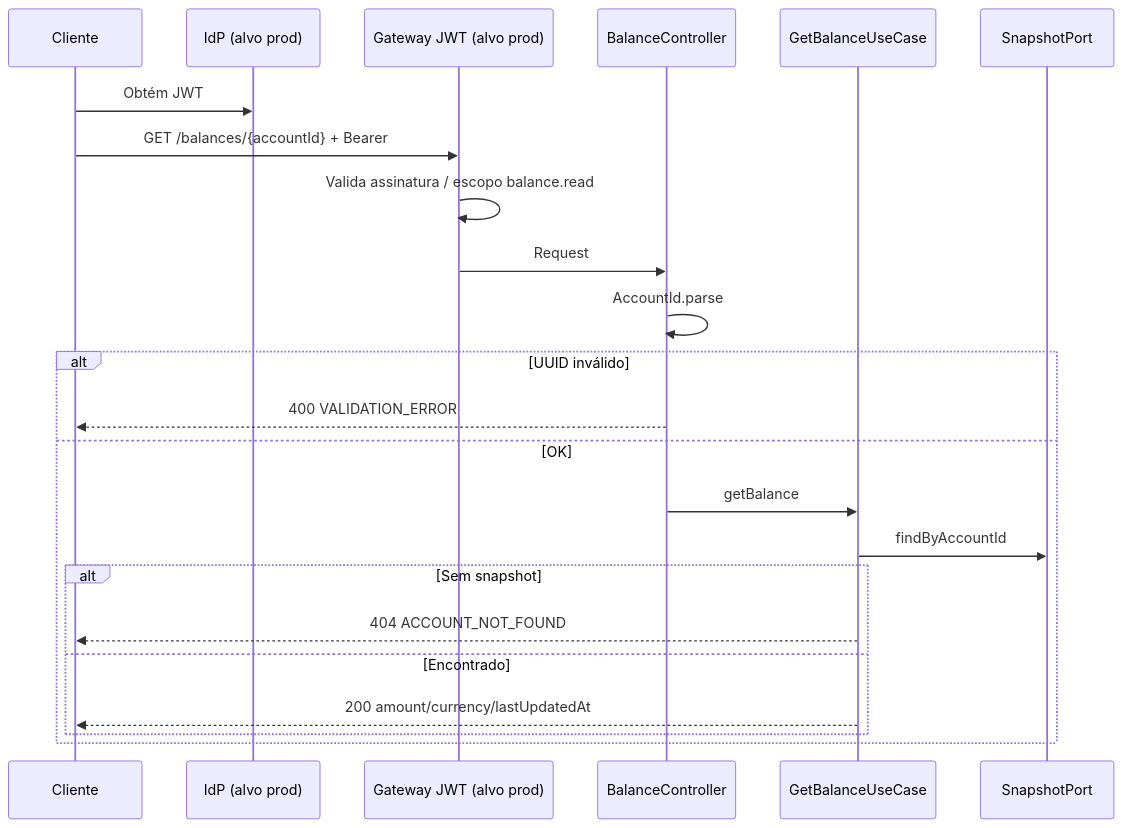
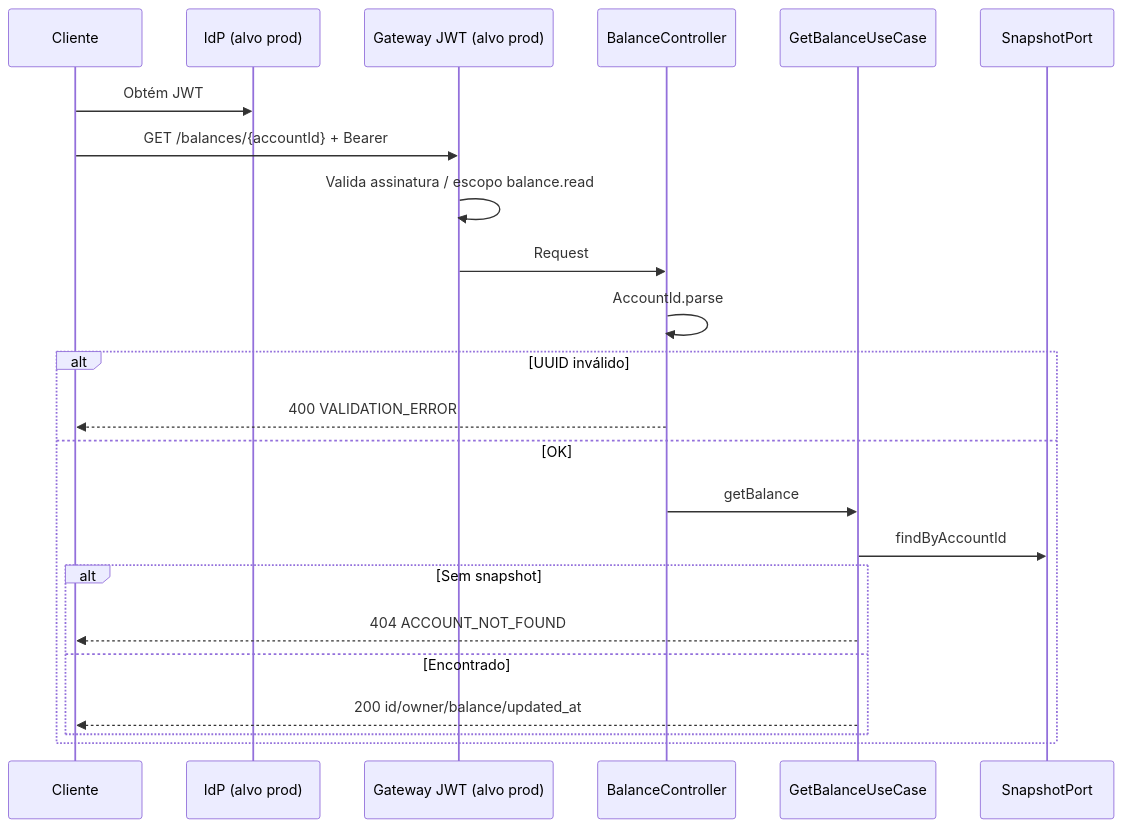
Before and after one commit to lordssa/banking-account-balance-service: the fourth of 8 diagrams in docs/fluxos-principais.md, drawn with Mermaid. The commit also changed 12 other files, not shown here.

````diff
--- a/docs/fluxos-principais.md
+++ b/docs/fluxos-principais.md
@@ -92,26 +92,26 @@
 ```mermaid
 sequenceDiagram
   participant C as Cliente
   participant IdP as IdP (alvo prod)
   participant GW as Gateway JWT (alvo prod)
   participant API as BalanceController
   participant UC as GetBalanceUseCase
   participant PG as SnapshotPort
 
   C->>IdP: Obtém JWT
   C->>GW: GET /balances/{accountId} + Bearer
   GW->>GW: Valida assinatura / escopo balance.read
   GW->>API: Request
   API->>API: AccountId.parse
   alt UUID inválido
     API-->>C: 400 VALIDATION_ERROR
   else OK
     API->>UC: getBalance
     UC->>PG: findByAccountId
     alt Sem snapshot
       UC-->>C: 404 ACCOUNT_NOT_FOUND
     else Encontrado
-      UC-->>C: 200 amount/currency/lastUpdatedAt
+      UC-->>C: 200 id/owner/balance/updated_at
     end
   end
 ```
````
